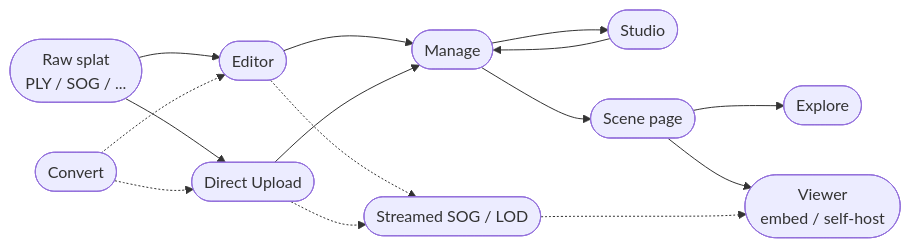
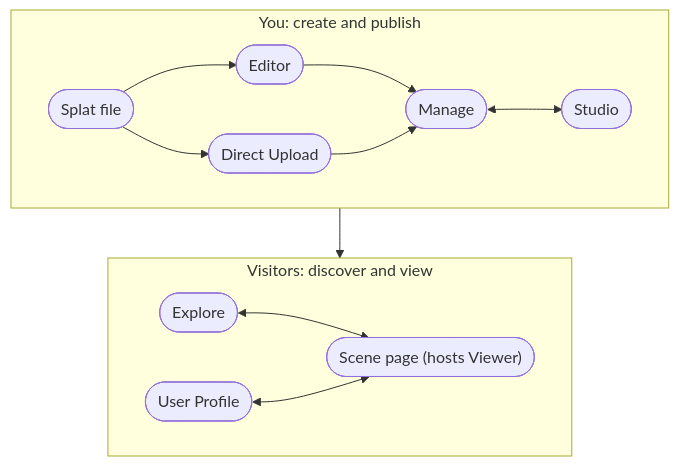
Before and after one commit to playcanvas/developer-site: the diagram in docs/user-manual/supersplat/index.md, drawn with Mermaid. The commit also changed 1 other file, not shown here.

First paragraph of the commit message:
Redesign the SuperSplat overview diagram as a two-audience journey (#1023)
* Redesign SuperSplat overview diagram as a two-audience journey

````diff
--- a/docs/user-manual/supersplat/index.md
+++ b/docs/user-manual/supersplat/index.md
@@ -10,25 +10,19 @@
 ```mermaid
-flowchart LR
-    PLY([Raw splat<br/>PLY / SOG / ...])
-    Editor([Editor])
-    Upload([Direct Upload])
-    Manage([Manage])
-    Studio([Studio])
-    Scene([Scene page])
-    Explore([Explore])
-    Viewer([Viewer<br/>embed / self-host])
-    Convert([Convert])
-    Streaming([Streamed SOG / LOD])
+flowchart TB
+    subgraph you [You: create and publish]
+        direction LR
+        raw([Splat file]) --> editor([Editor])
+        raw --> upload([Direct Upload])
+        editor --> manage([Manage])
+        upload --> manage
+        manage <--> studio([Studio])
+    end
 
-    PLY --> Editor --> Manage
-    PLY --> Upload --> Manage
-    Convert -.-> Editor
-    Convert -.-> Upload
-    Manage --> Studio --> Manage
-    Manage --> Scene
-    Scene --> Explore
-    Scene --> Viewer
-    Editor -.-> Streaming
-    Upload -.-> Streaming
-    Streaming -.-> Viewer
+    manage --> scene(["Scene page (hosts Viewer)"])
+
+    subgraph visitors [Visitors: discover and view]
+        direction LR
+        explore([Explore]) <--> scene
+        profile([User Profile]) <--> scene
+    end
 ```
````
